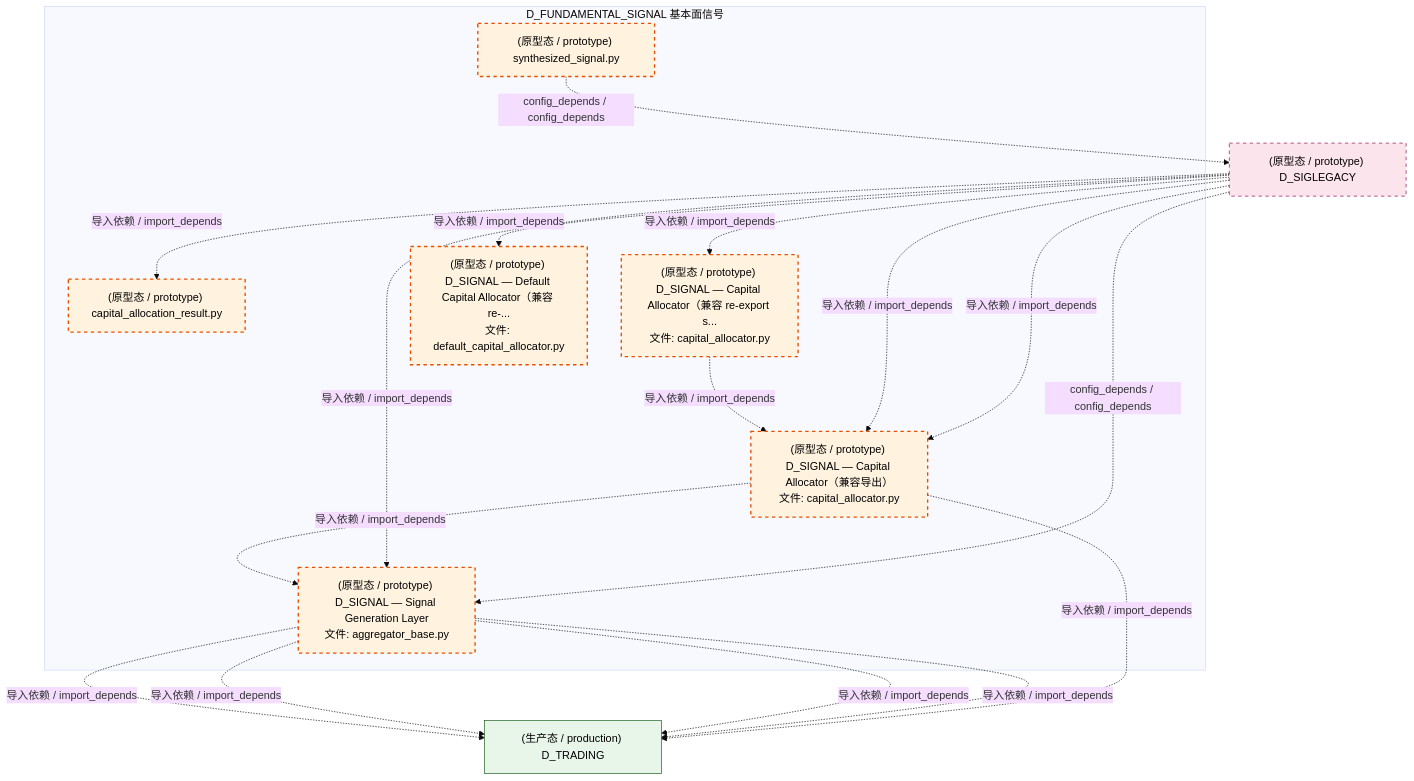
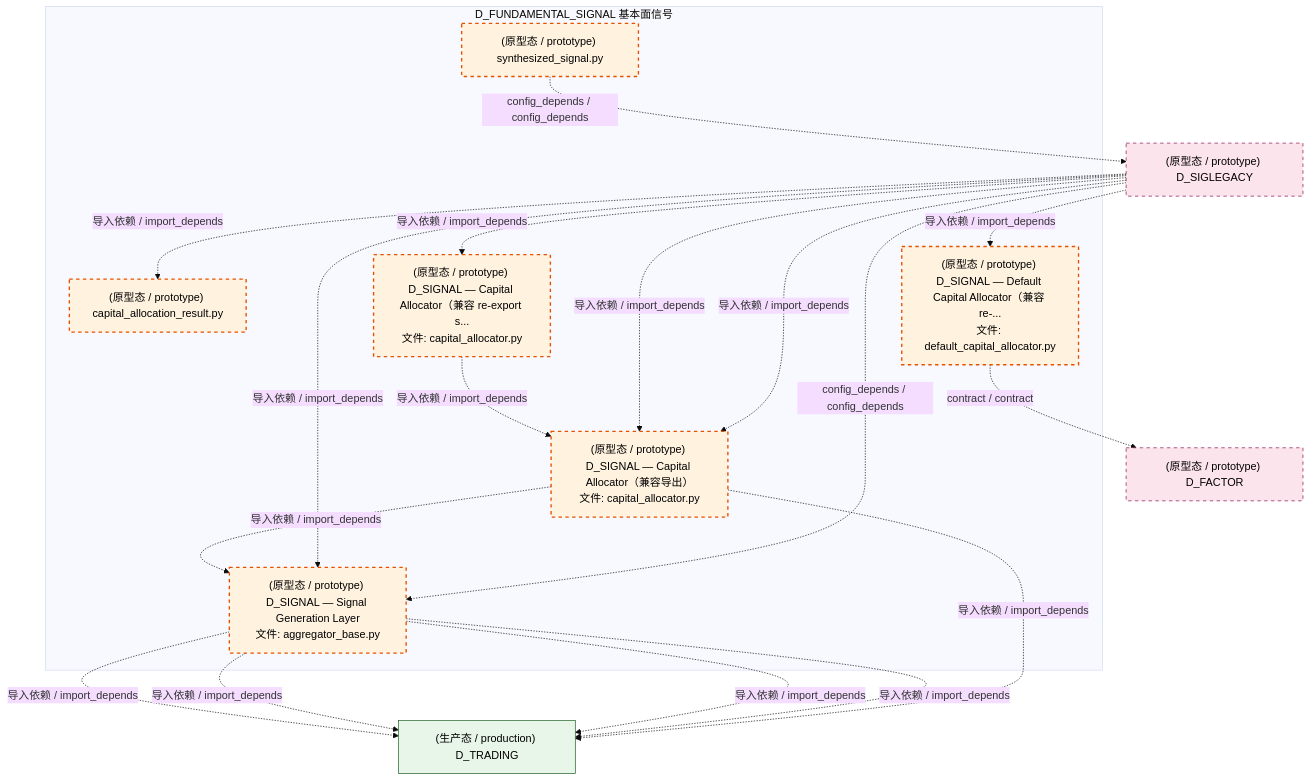
The third of 4 diagrams in docs/02_enterprise_architecture/02_domain_architecture_docs/37_d_fundamental_signal.md (xuanFelixVan/ZephyrAlpha), drawn with Mermaid (base theme) before and after one commit. The commit also changed other lines of this file and 123 other files, not shown here.

````diff
--- a/docs/02_enterprise_architecture/02_domain_architecture_docs/37_d_fundamental_signal.md
+++ b/docs/02_enterprise_architecture/02_domain_architecture_docs/37_d_fundamental_signal.md
@@ -177,35 +179,37 @@
 ```mermaid
 graph TD
     subgraph D_FUNDAMENTAL_SIGNAL["D_FUNDAMENTAL_SIGNAL 基本面信号"]
         src_zephyr_signal_fundamental_capital_capital_allocation_result_py["(原型态 / prototype) capital_allocation_result.py"]
         src_zephyr_signal_fundamental_capital_capital_allocator_py["(原型态 / prototype) D_SIGNAL — Capital Allocator（兼容 re-export s...<br/>文件: capital_allocator.py"]
         src_zephyr_signal_fundamental_capital_default_capital_allocator_py["(原型态 / prototype) D_SIGNAL — Default Capital Allocator（兼容 re-...<br/>文件: default_capital_allocator.py"]
         src_zephyr_signal_fundamental_combiner_synthesized_signal_py["(原型态 / prototype) synthesized_signal.py"]
         src_zephyr_signal_fundamental_gen_aggregator_base_py["(原型态 / prototype) D_SIGNAL — Signal Generation Layer<br/>文件: aggregator_base.py"]
         src_zephyr_signal_fundamental_strategy_capital_allocator_py["(原型态 / prototype) D_SIGNAL — Capital Allocator（兼容导出）<br/>文件: capital_allocator.py"]
     end
     src_zephyr_signal_fundamental_capital_capital_allocator_py -.->|导入依赖 / import_depends| src_zephyr_signal_fundamental_strategy_capital_allocator_py
     src_zephyr_signal_fundamental_strategy_capital_allocator_py -.->|导入依赖 / import_depends| src_zephyr_signal_fundamental_gen_aggregator_base_py
-    D_SIGLEGACY["(原型态 / prototype) D_SIGLEGACY"]
-    src_zephyr_signal_fundamental_combiner_synthesized_signal_py -.->|config_depends / config_depends| D_SIGLEGACY
+    D_FACTOR["(原型态 / prototype) D_FACTOR"]
+    src_zephyr_signal_fundamental_capital_default_capital_allocator_py -.->|contract / contract| D_FACTOR
     D_TRADING["(生产态 / production) D_TRADING"]
     src_zephyr_signal_fundamental_gen_aggregator_base_py -.->|导入依赖 / import_depends| D_TRADING
     src_zephyr_signal_fundamental_gen_aggregator_base_py -.->|导入依赖 / import_depends| D_TRADING
     src_zephyr_signal_fundamental_gen_aggregator_base_py -.->|导入依赖 / import_depends| D_TRADING
     src_zephyr_signal_fundamental_gen_aggregator_base_py -.->|导入依赖 / import_depends| D_TRADING
+    D_SIGLEGACY["(原型态 / prototype) D_SIGLEGACY"]
+    src_zephyr_signal_fundamental_combiner_synthesized_signal_py -.->|config_depends / config_depends| D_SIGLEGACY
     src_zephyr_signal_fundamental_strategy_capital_allocator_py -.->|导入依赖 / import_depends| D_TRADING
     D_SIGLEGACY -.->|导入依赖 / import_depends| src_zephyr_signal_fundamental_capital_capital_allocation_result_py
     D_SIGLEGACY -.->|导入依赖 / import_depends| src_zephyr_signal_fundamental_capital_capital_allocator_py
     D_SIGLEGACY -.->|导入依赖 / import_depends| src_zephyr_signal_fundamental_capital_default_capital_allocator_py
     D_SIGLEGACY -.->|导入依赖 / import_depends| src_zephyr_signal_fundamental_gen_aggregator_base_py
     D_SIGLEGACY -.->|导入依赖 / import_depends| src_zephyr_signal_fundamental_strategy_capital_allocator_py
     D_SIGLEGACY -.->|导入依赖 / import_depends| src_zephyr_signal_fundamental_strategy_capital_allocator_py
     D_SIGLEGACY -.->|config_depends / config_depends| src_zephyr_signal_fundamental_gen_aggregator_base_py
     classDef production fill:#e1f5fe,stroke:#01579b,stroke-width:2px,color:#000
     classDef design fill:#fff3e0,stroke:#e65100,stroke-width:2px,color:#000,stroke-dasharray: 5 5
     classDef external_prod fill:#e8f5e9,stroke:#1b5e20,stroke-width:1px,color:#000
     classDef external_design fill:#fce4ec,stroke:#880e4f,stroke-width:1px,color:#000,stroke-dasharray: 5 5
     class src_zephyr_signal_fundamental_capital_capital_allocation_result_py,src_zephyr_signal_fundamental_capital_capital_allocator_py,src_zephyr_signal_fundamental_capital_default_capital_allocator_py,src_zephyr_signal_fundamental_combiner_synthesized_signal_py,src_zephyr_signal_fundamental_gen_aggregator_base_py,src_zephyr_signal_fundamental_strategy_capital_allocator_py design
     class D_TRADING external_prod
-    class D_SIGLEGACY external_design
+    class D_FACTOR,D_SIGLEGACY external_design
 ```
````
